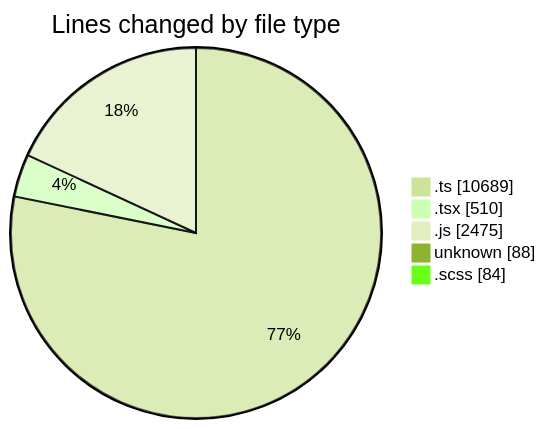
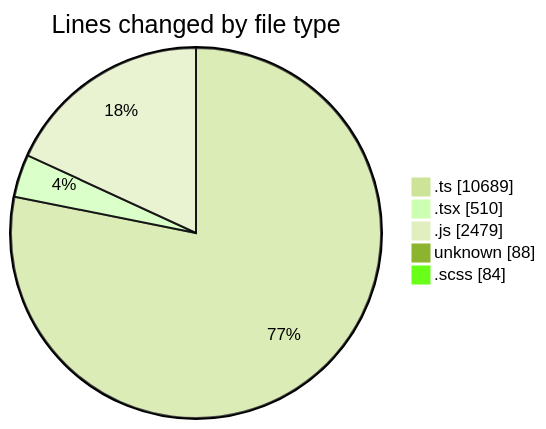
Before and after one commit to momahboobian/code-tracking: the first of 2 diagrams in 2026-03-11/cda/README.md, drawn with Mermaid (forest theme). The commit also changed other lines of this file and 1 other file, not shown here.

````diff
--- a/2026-03-11/cda/README.md
+++ b/2026-03-11/cda/README.md
@@ -39,9 +39,9 @@
 ```mermaid
 pie showData
 title Lines changed by file type
 ".ts" : 10689
 ".tsx" : 510
-".js" : 2475
+".js" : 2479
 "unknown" : 88
 ".scss" : 84
 ```
````
